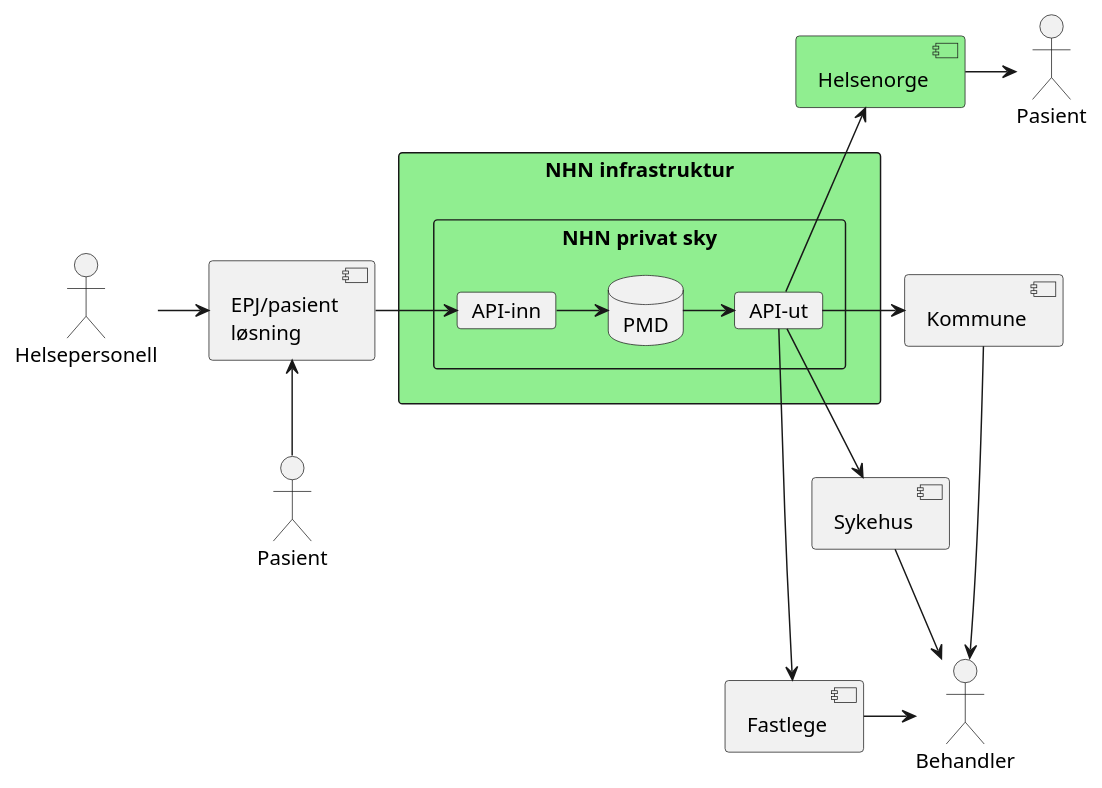
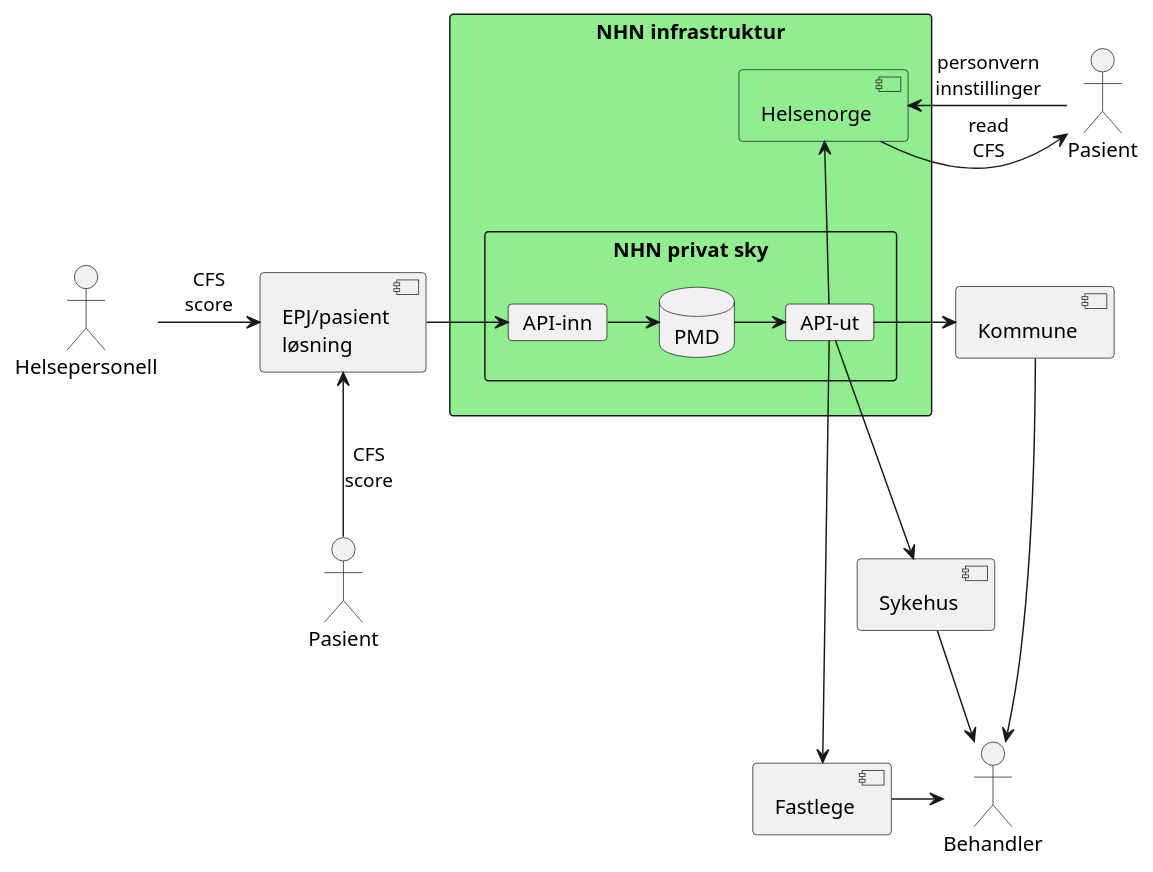
One commit to HL7Norway/VkpObservation changed the diagram in VkpObservation/input/images-source/PMD-only.plantuml. Above: the diagram before and after it, drawn with PlantUML. The commit also changed 4 other files, not shown here.

```diff
--- a/VkpObservation/input/images-source/PMD-only.plantuml
+++ b/VkpObservation/input/images-source/PMD-only.plantuml
@@ -1,63 +1,65 @@
 @startuml
 
 actor "Pasient" as pasient
 actor "Helsepersonell" as helseinn
 
 'component "DHO\nløsning" as dho
 component "EPJ/pasient\nløsning" as annen
 
 rectangle "NHN infrastruktur" as NHN #LightGreen {
+   component "Helsenorge" as helsenorge #LightGreen
 'card "API" as apinn
 'component "VKP" as VKP
 'card "API" as apiut
 
 rectangle "NHN privat sky" as NHNPS {
    card "API-inn" as apinn2
    database "PMD" as pmd
    card "API-ut" as apiut2
 }
 }
 'component "Kommune\nPLO EPJ" as epj
 
 component "Helsenorge" as helsenorge #LightGreen
 component "Kommune" as kommune
 component "Sykehus" as syk
 component "Fastlege" as fastlege
 
 'rectangle "konsument" as konsument {
 actor "Pasient" as pasientk
 actor "Behandler" as behandler
 
 'dho -down[hidden]- annen
 helsenorge -down[hidden]- kommune
 
 apiut2 -up-> helsenorge
-helsenorge -right-> pasientk
+helsenorge <-right- pasientk :personvern\ninnstillinger
+helsenorge -right-> pasientk :read\nCFS
 
-helseinn -> annen
+helseinn -> annen :CFS\nscore
 'pasient -> dho
-pasient -up-> annen
+pasient -up-> annen :CFS\nscore
 'dho -> apinn
 'apinn -> VKP
 'VKP -> apiut
 annen -right-> apinn2
 
 'VKP -down-> pmd
 apinn2 -> pmd
 pmd -> apiut2
 
 'epj -[hidden]- kommune
 kommune -[hidden]- syk
 syk -[hidden]- fastlege
 
 'apiut -> epj
 
 apiut2 -right-> kommune
 apiut2 -right-> syk
 apiut2 -right-> fastlege
 'epj -> behandler
 kommune -right-> behandler
 syk -right-> behandler
 fastlege -right-> behandler
 
 @enduml
```
